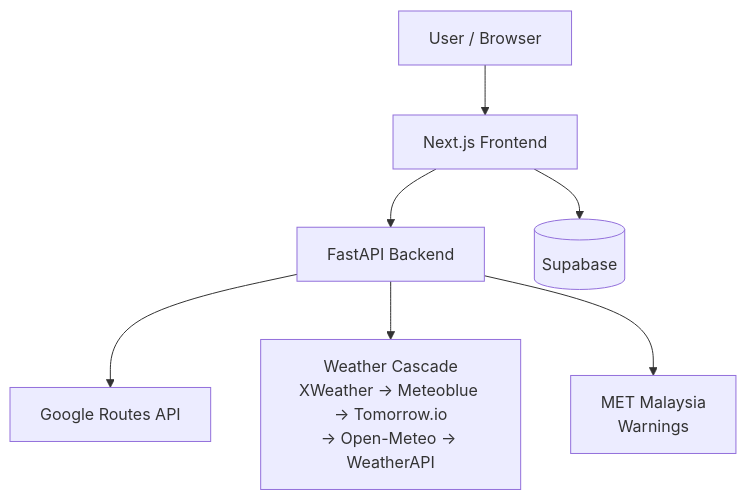
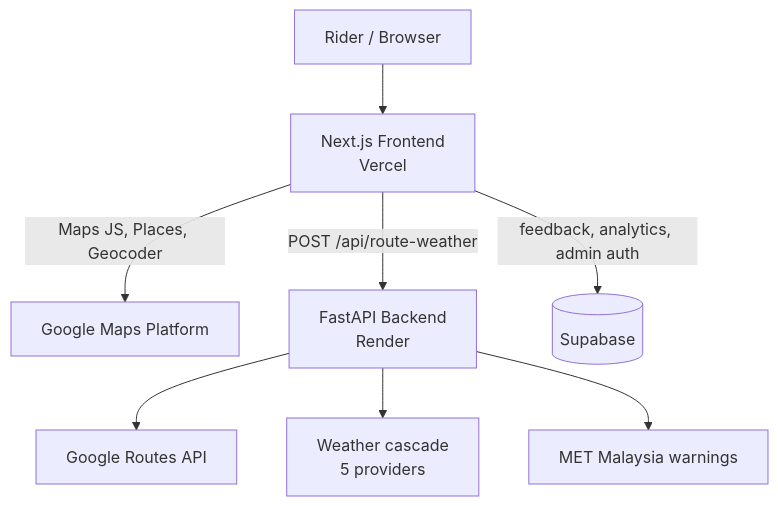
The second of 17 diagrams in portfolio-react/public/docs/redahluhh.md (snsyaqirah/snsyaqirah.github.io), drawn with Mermaid before and after one commit. The commit also changed other lines of this file and 101 other files, not shown here.

````diff
--- a/portfolio-react/public/docs/redahluhh.md
+++ b/portfolio-react/public/docs/redahluhh.md
@@ -102,9 +123,10 @@
 ```mermaid
 graph TD
-    U[User / Browser] --> FE[Next.js Frontend]
-    FE --> API[FastAPI Backend]
-    FE --> SB[(Supabase)]
-    API --> GR[Google Routes API]
-    API --> WC[Weather Cascade\nXWeather → Meteoblue → Tomorrow.io\n→ Open-Meteo → WeatherAPI]
-    API --> MET[MET Malaysia\nWarnings]
+    U["Rider / Browser"] --> FE["Next.js Frontend<br/>Vercel"]
+    FE -->|"Maps JS, Places, Geocoder"| GM["Google Maps Platform"]
+    FE -->|"POST /api/route-weather"| API["FastAPI Backend<br/>Render"]
+    FE -->|"feedback, analytics, admin auth"| SB[("Supabase")]
+    API --> GR["Google Routes API"]
+    API --> WC["Weather cascade<br/>5 providers"]
+    API --> MET["MET Malaysia warnings"]
 ```
````
